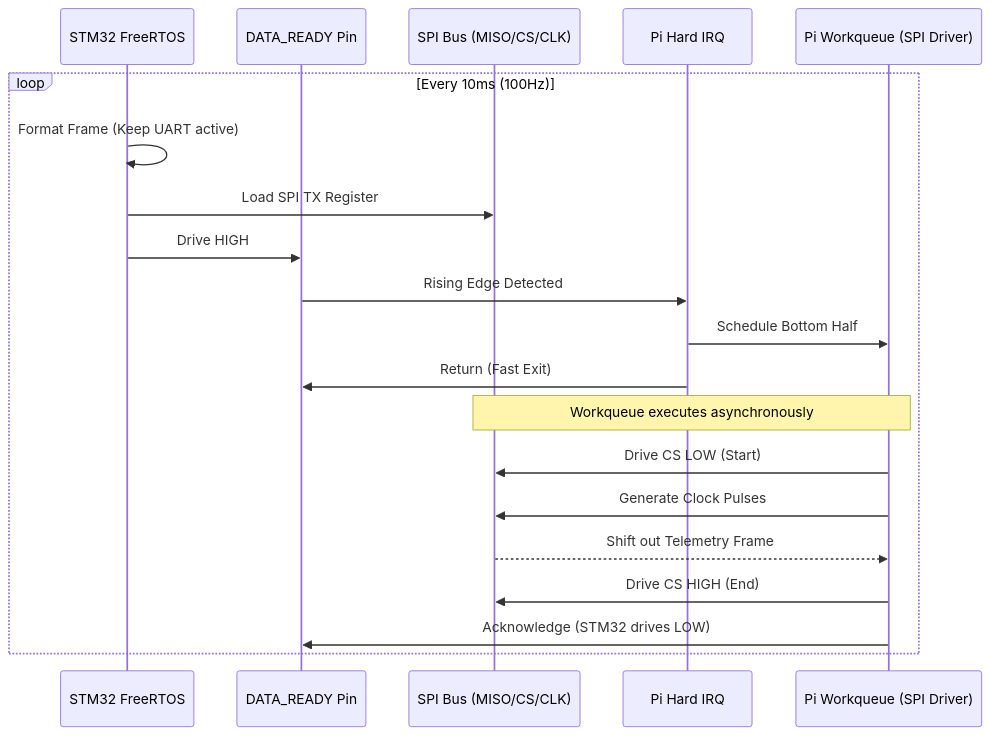
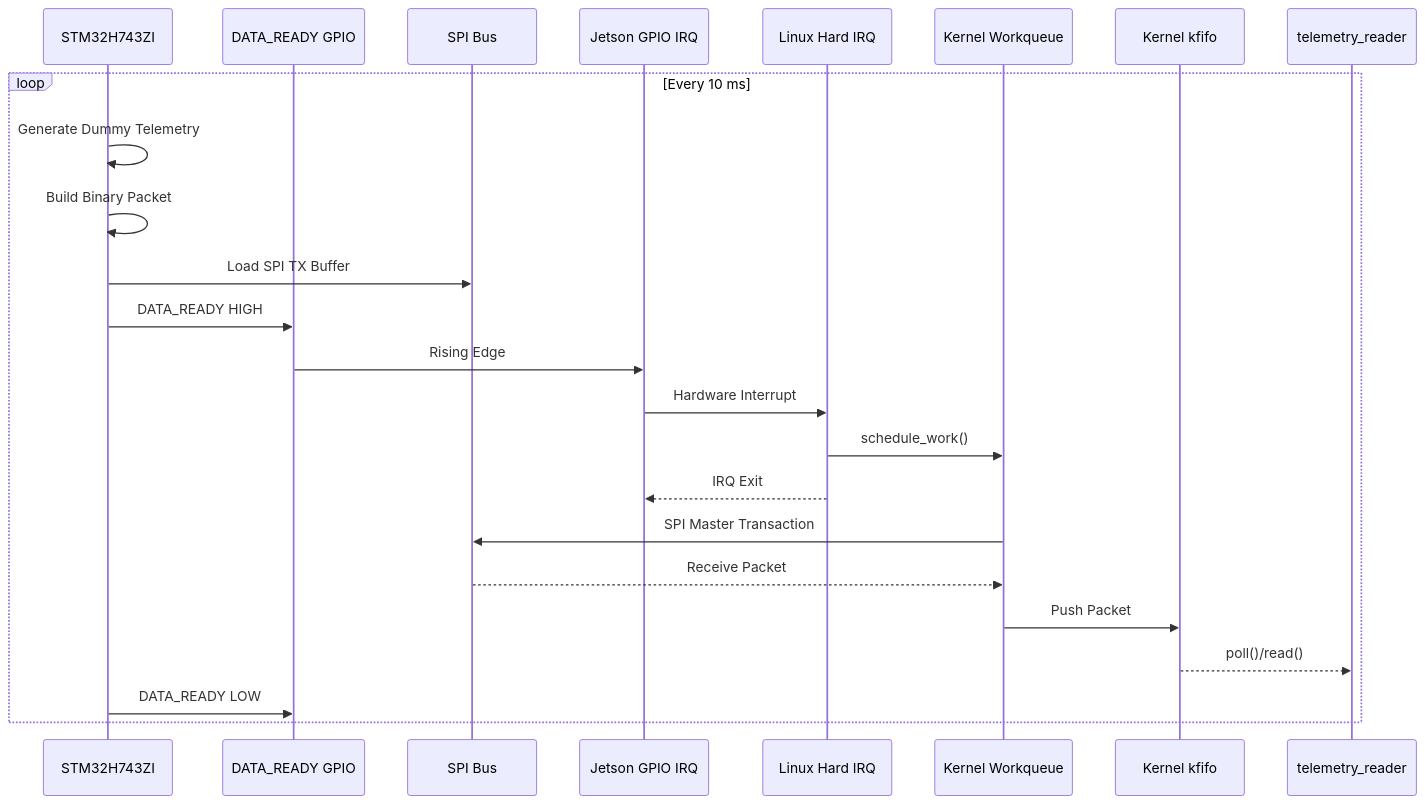
Before and after one commit to sheteshreyash/IPC-Bridge: the diagram in docs/diagrams/sequence_diagrams/sprint3_kernel_sequence.mmd, drawn with Mermaid. The commit also changed 21 other files, not shown here.

Commit message:
Docs : Added docs for Sprint3 dummy telem and jetson nano devkit

```diff
--- a/docs/diagrams/sequence_diagrams/sprint3_kernel_sequence.mmd
+++ b/docs/diagrams/sequence_diagrams/sprint3_kernel_sequence.mmd
@@ -1,23 +1,28 @@
 sequenceDiagram
-    participant STM32 as STM32 FreeRTOS
-    participant EXTI as DATA_READY Pin
-    participant SPI as SPI Bus (MISO/CS/CLK)
-    participant PI_IRQ as Pi Hard IRQ
-    participant PI_WQ as Pi Workqueue (SPI Driver)
 
-    loop Every 10ms (100Hz)
-        STM32->>STM32: Format Frame (Keep UART active)
-        STM32->>SPI: Load SPI TX Register
-        STM32->>EXTI: Drive HIGH
-        EXTI->>PI_IRQ: Rising Edge Detected
-        PI_IRQ->>PI_WQ: Schedule Bottom Half
-        PI_IRQ->>EXTI: Return (Fast Exit)
+participant STM32 as STM32H743ZI
+participant DRDY as DATA_READY GPIO
+participant SPI as SPI Bus
+participant GPIO as Jetson GPIO IRQ
+participant IRQ as Linux Hard IRQ
+participant WQ as Kernel Workqueue
+participant KFIFO as Kernel kfifo
+participant USER as telemetry_reader
 
-        Note over PI_WQ, SPI: Workqueue executes asynchronously
-        PI_WQ->>SPI: Drive CS LOW (Start)
-        PI_WQ->>SPI: Generate Clock Pulses
-        SPI-->>PI_WQ: Shift out Telemetry Frame
-        PI_WQ->>SPI: Drive CS HIGH (End)
+loop Every 10 ms
 
-        PI_WQ->>EXTI: Acknowledge (STM32 drives LOW)
-    end
+STM32->>STM32: Generate Dummy Telemetry
+STM32->>STM32: Build Binary Packet
+STM32->>SPI: Load SPI TX Buffer
+STM32->>DRDY: DATA_READY HIGH
+DRDY->>GPIO: Rising Edge
+GPIO->>IRQ: Hardware Interrupt
+IRQ->>WQ: schedule_work()
+IRQ-->>GPIO: IRQ Exit
+WQ->>SPI: SPI Master Transaction
+SPI-->>WQ: Receive Packet
+WQ->>KFIFO: Push Packet
+KFIFO-->>USER: poll()/read()
+STM32->>DRDY: DATA_READY LOW
+
+end
```
